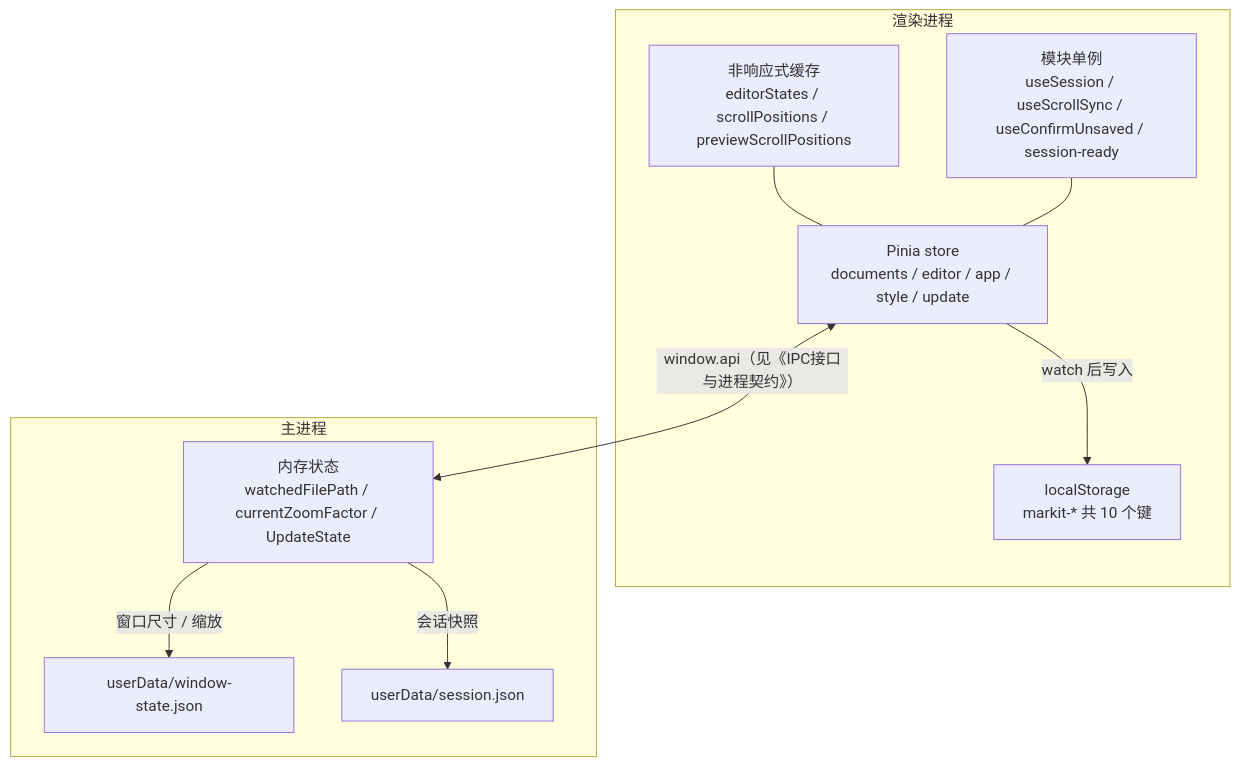
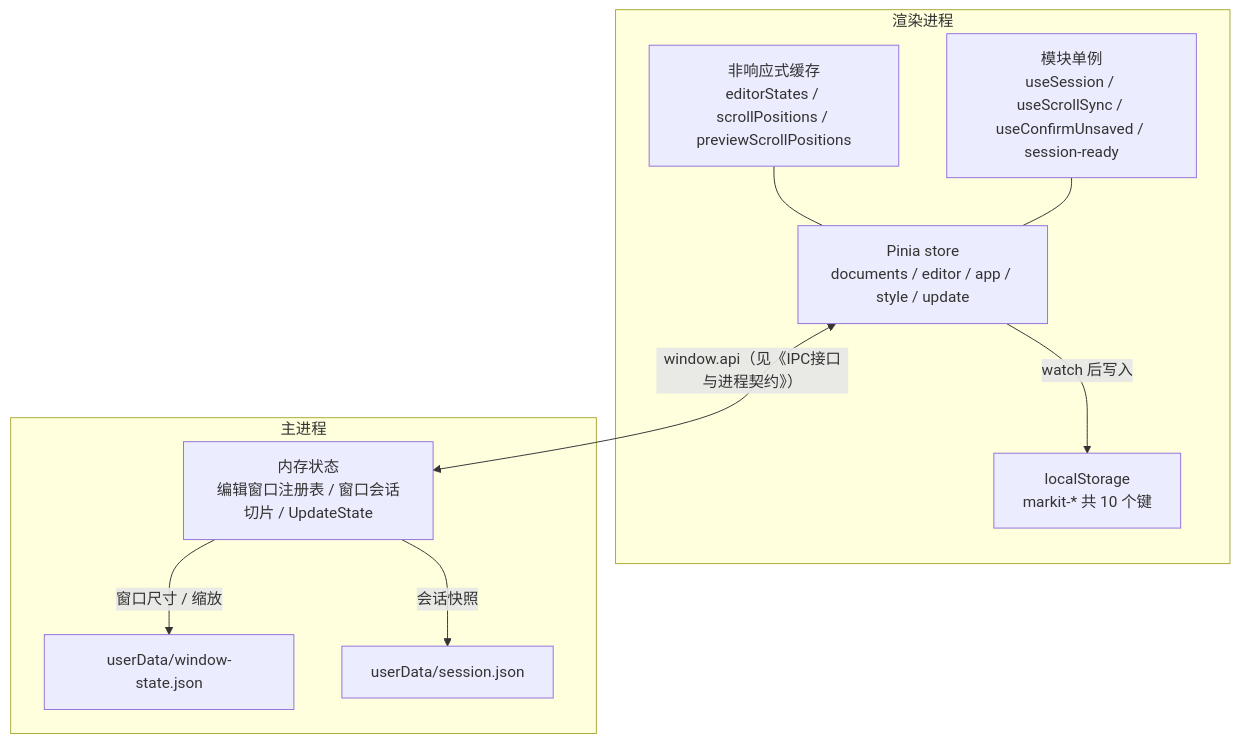
One commit to Harley-xk/mark-it changed the first of 3 diagrams in docs/状态与数据模型.md. Above: the diagram before and after it, drawn with Mermaid. The commit also changed other lines of this file and 47 other files, not shown here.

````diff
--- a/docs/状态与数据模型.md
+++ b/docs/状态与数据模型.md
@@ -18,20 +20,20 @@
 ```mermaid
 flowchart TB
     subgraph Renderer["渲染进程"]
         P["Pinia store<br/>documents / editor / app / style / update"]
         N["非响应式缓存<br/>editorStates / scrollPositions / previewScrollPositions"]
         L["localStorage<br/>markit-* 共 10 个键"]
         S["模块单例<br/>useSession / useScrollSync / useConfirmUnsaved / session-ready"]
     end
     subgraph Main["主进程"]
-        M["内存状态<br/>watchedFilePath / currentZoomFactor / UpdateState"]
+        M["内存状态<br/>编辑窗口注册表 / 窗口会话切片 / UpdateState"]
         W["userData/window-state.json"]
         J["userData/session.json"]
     end
     N --- P
     S --- P
     P -->|"watch 后写入"| L
     P <-->|"window.api（见《IPC接口与进程契约》）"| M
     M -->|"窗口尺寸 / 缩放"| W
     M -->|"会话快照"| J
 ```
````
